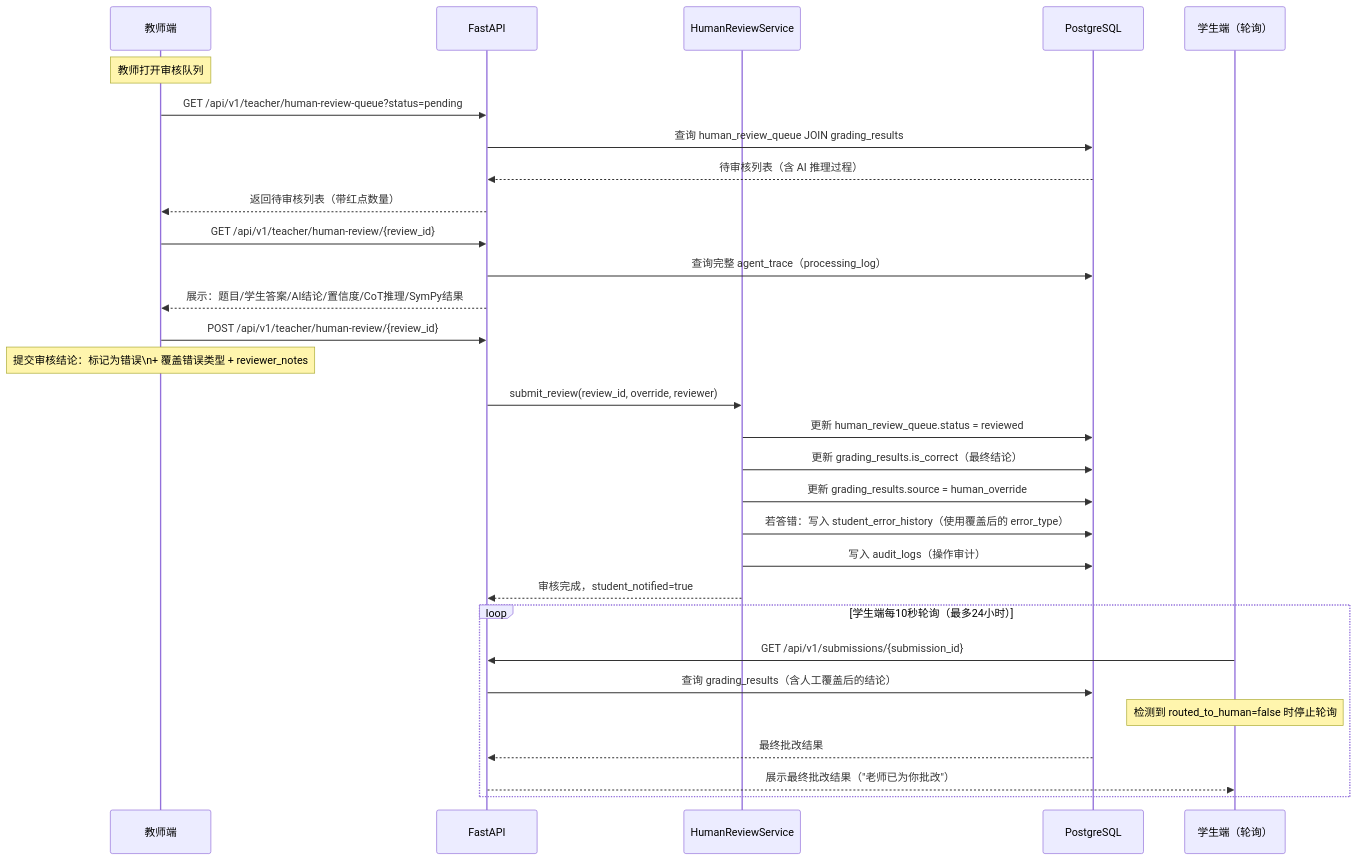
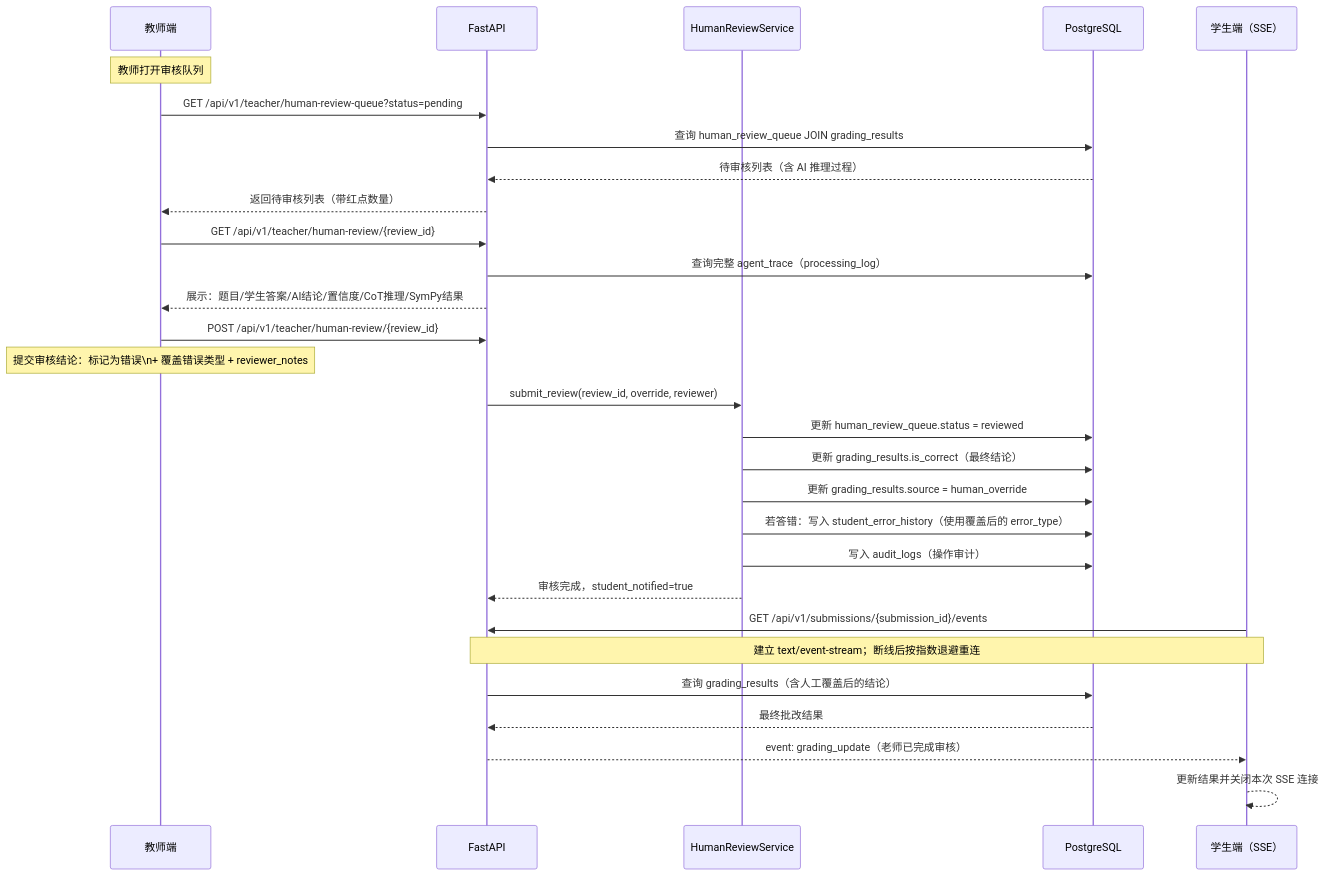
One commit to CJWDJSLZL/Soaring-Voyage changed the third of 8 diagrams in docs/design.md. Above: the diagram before and after it, drawn with Mermaid. The commit also changed other lines of this file and 8 other files, not shown here.

Commit message:
docs: unify architecture decisions

````diff
--- a/docs/design.md
+++ b/docs/design.md
@@ -178,38 +178,37 @@
 ```mermaid
 sequenceDiagram
     participant Teacher as 教师端
     participant API as FastAPI
     participant HS as HumanReviewService
     participant DB as PostgreSQL
-    participant Student as 学生端（轮询）
+    participant Student as 学生端（SSE）
 
     note over Teacher: 教师打开审核队列
 
     Teacher->>API: GET /api/v1/teacher/human-review-queue?status=pending
     API->>DB: 查询 human_review_queue JOIN grading_results
     DB-->>API: 待审核列表（含 AI 推理过程）
     API-->>Teacher: 返回待审核列表（带红点数量）
 
     Teacher->>API: GET /api/v1/teacher/human-review/{review_id}
     API->>DB: 查询完整 agent_trace（processing_log）
     API-->>Teacher: 展示：题目/学生答案/AI结论/置信度/CoT推理/SymPy结果
 
     Teacher->>API: POST /api/v1/teacher/human-review/{review_id}
     note over Teacher: 提交审核结论：标记为错误\n+ 覆盖错误类型 + reviewer_notes
 
     API->>HS: submit_review(review_id, override, reviewer)
     HS->>DB: 更新 human_review_queue.status = reviewed
     HS->>DB: 更新 grading_results.is_correct（最终结论）
     HS->>DB: 更新 grading_results.source = human_override
     HS->>DB: 若答错：写入 student_error_history（使用覆盖后的 error_type）
     HS->>DB: 写入 audit_logs（操作审计）
     HS-->>API: 审核完成，student_notified=true
 
-    loop 学生端每10秒轮询（最多24小时）
-        Student->>API: GET /api/v1/submissions/{submission_id}
-        API->>DB: 查询 grading_results（含人工覆盖后的结论）
-        note over Student: 检测到 routed_to_human=false 时停止轮询
-        DB-->>API: 最终批改结果
-        API-->>Student: 展示最终批改结果（"老师已为你批改"）
-    end
+    Student->>API: GET /api/v1/submissions/{submission_id}/events
+    note over API,Student: 建立 text/event-stream；断线后按指数退避重连
+    API->>DB: 查询 grading_results（含人工覆盖后的结论）
+    DB-->>API: 最终批改结果
+    API-->>Student: event: grading_update（老师已完成审核）
+    Student-->>Student: 更新结果并关闭本次 SSE 连接
 ```
````
